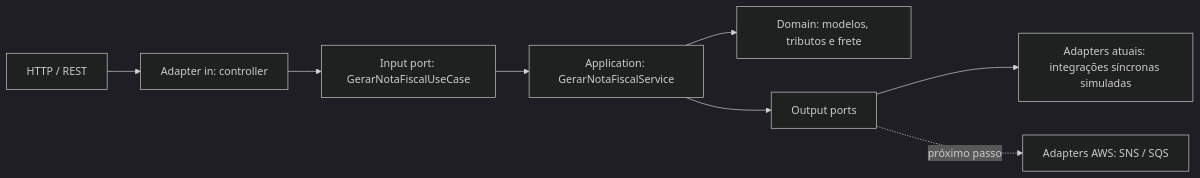
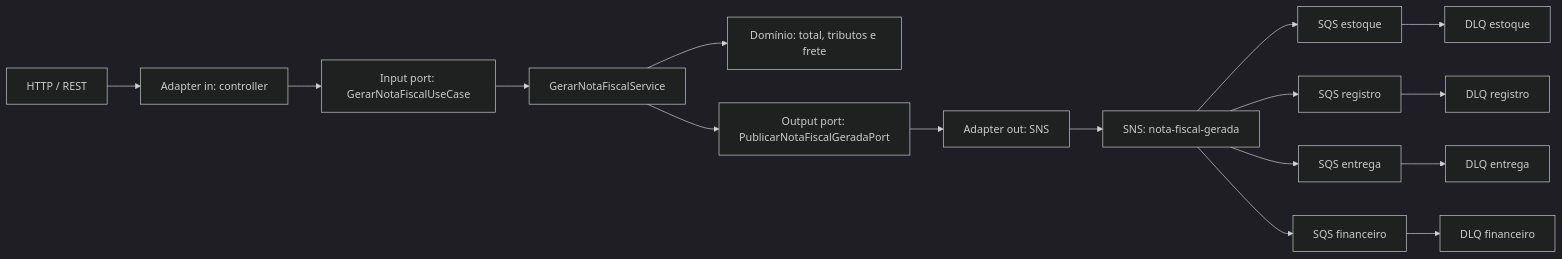
Before and after one commit to lvilelas/case-nota-fiscal: the diagram in ARCHITECTURE.md, drawn with Mermaid (dark theme). The commit also changed other lines of this file and 60 other files, not shown here.

````diff
--- a/ARCHITECTURE.md
+++ b/ARCHITECTURE.md
@@ -7,10 +7,18 @@
 ```mermaid
 flowchart LR
-    HTTP["HTTP / REST"] --> INADAPTER["Adapter in: controller"]
-    INADAPTER --> INPORT["Input port: GerarNotaFiscalUseCase"]
-    INPORT --> USECASE["Application: GerarNotaFiscalService"]
-    USECASE --> DOMAIN["Domain: modelos, tributos e frete"]
-    USECASE --> OUTPORTS["Output ports"]
-    OUTPORTS --> CURRENT["Adapters atuais: integrações síncronas simuladas"]
-    OUTPORTS -. próximo passo .-> AWS["Adapters AWS: SNS / SQS"]
+    HTTP["HTTP / REST"] --> CONTROLLER["Adapter in: controller"]
+    CONTROLLER --> USECASE["Input port: GerarNotaFiscalUseCase"]
+    USECASE --> APP["GerarNotaFiscalService"]
+    APP --> DOMAIN["Domínio: total, tributos e frete"]
+    APP --> OUTPORT["Output port: PublicarNotaFiscalGeradaPort"]
+    OUTPORT --> SNSADAPTER["Adapter out: SNS"]
+    SNSADAPTER --> TOPIC["SNS: nota-fiscal-gerada"]
+    TOPIC --> ESTOQUE["SQS estoque"]
+    TOPIC --> REGISTRO["SQS registro"]
+    TOPIC --> ENTREGA["SQS entrega"]
+    TOPIC --> FINANCEIRO["SQS financeiro"]
+    ESTOQUE --> ESTOQUEDLQ["DLQ estoque"]
+    REGISTRO --> REGISTRODLQ["DLQ registro"]
+    ENTREGA --> ENTREGADLQ["DLQ entrega"]
+    FINANCEIRO --> FINANCEIRODLQ["DLQ financeiro"]
 ```
````
